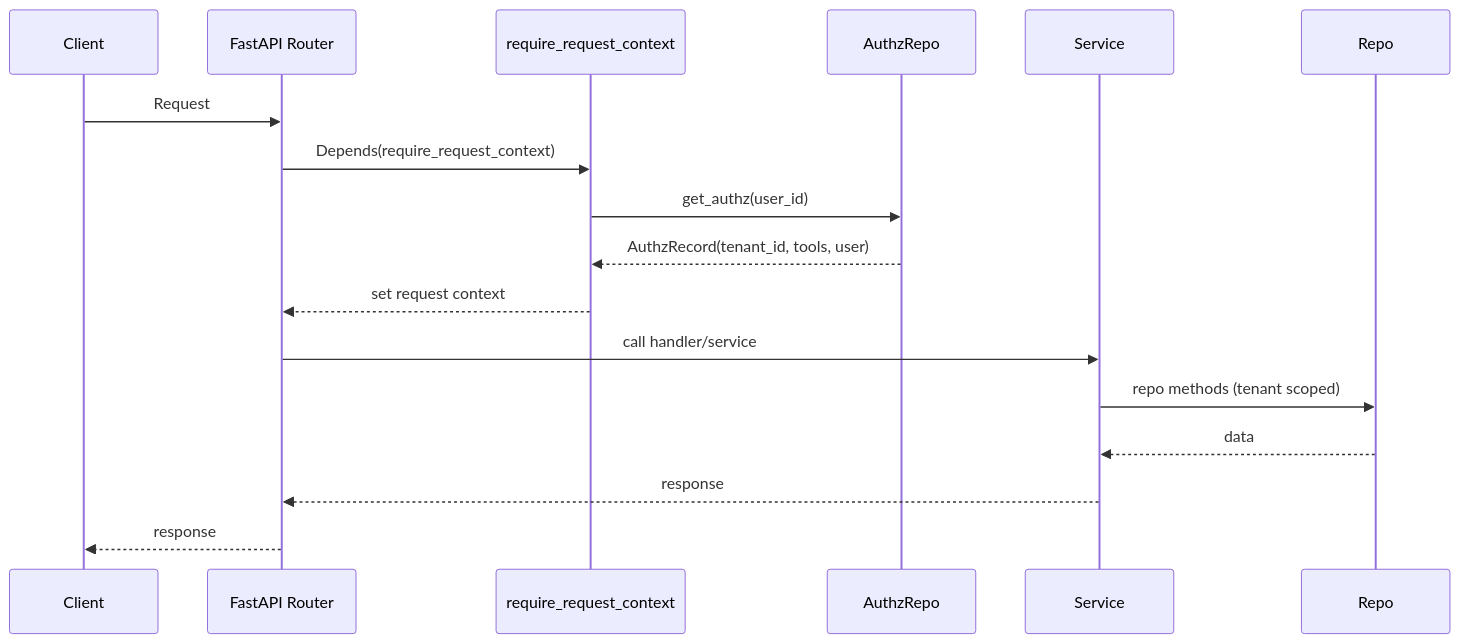
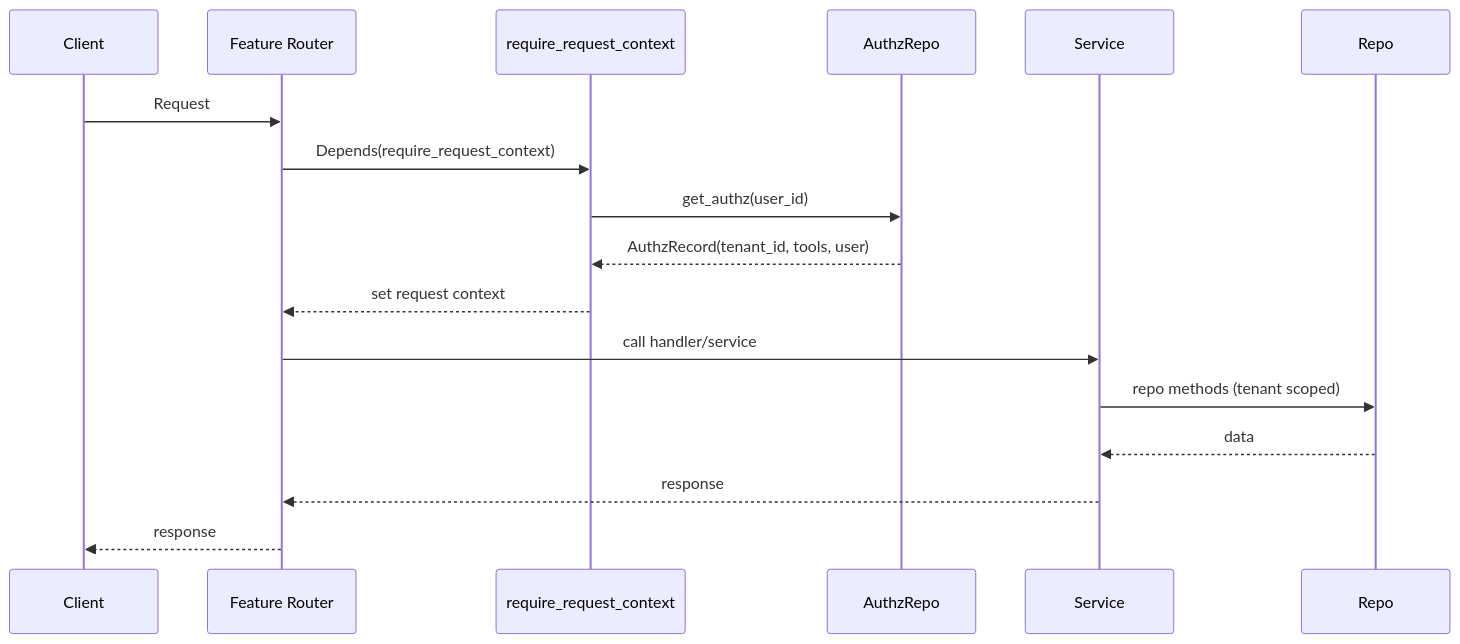
The fourth of 4 diagrams in docs/architecture-back.md (tsutsu3/ai-sdk-vite-fastapi-sample), drawn with Mermaid before and after one commit. The commit also changed other lines of this file and 299 other files, not shown here.

````diff
--- a/docs/architecture-back.md
+++ b/docs/architecture-back.md
@@ -139,20 +163,20 @@
 ```mermaid
 sequenceDiagram
   participant Client
-  participant Router as FastAPI Router
+  participant Router as Feature Router
   participant Ctx as require_request_context
   participant AuthzRepo
   participant Service
   participant Repo
 
   Client->>Router: Request
   Router->>Ctx: Depends(require_request_context)
   Ctx->>AuthzRepo: get_authz(user_id)
   AuthzRepo-->>Ctx: AuthzRecord(tenant_id, tools, user)
   Ctx-->>Router: set request context
   Router->>Service: call handler/service
   Service->>Repo: repo methods (tenant scoped)
   Repo-->>Service: data
   Service-->>Router: response
   Router-->>Client: response
 ```
````
